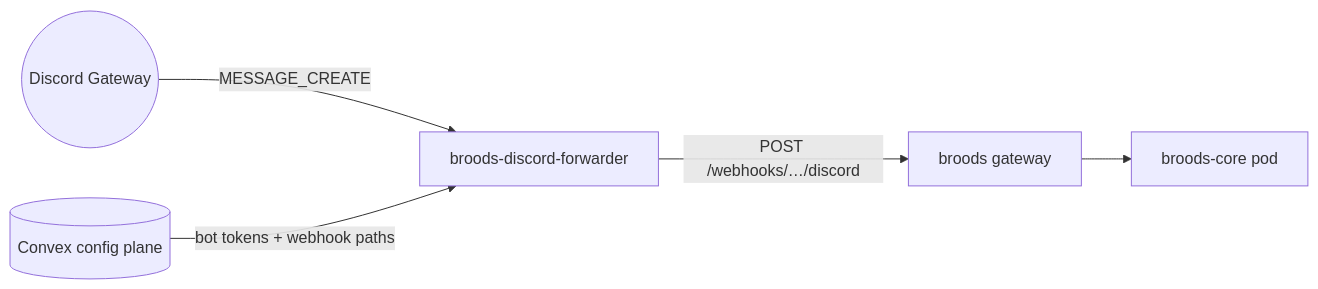
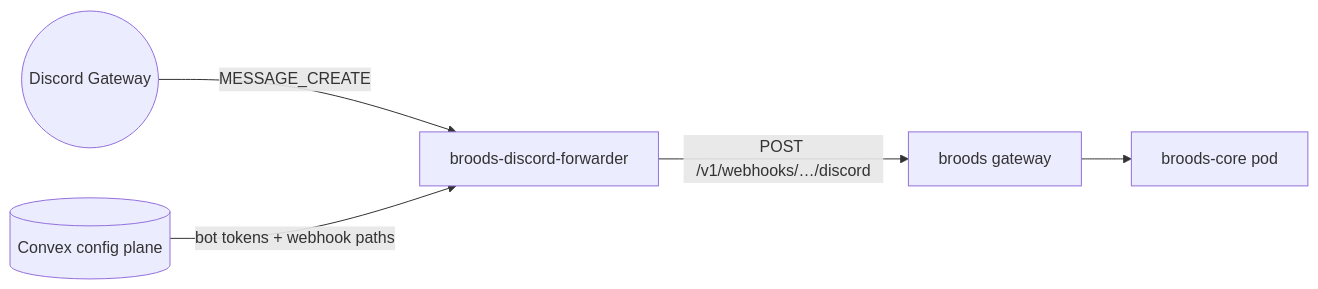
Before and after one commit to beeblastco/broods: the second of 4 diagrams in apps/docs/docs/operations.md, drawn with Mermaid. The commit also changed other lines of this file and 78 other files, not shown here.

````diff
--- a/apps/docs/docs/operations.md
+++ b/apps/docs/docs/operations.md
@@ -204,7 +204,7 @@
 ```mermaid
 flowchart LR
     Discord((Discord Gateway)) -->|MESSAGE_CREATE| Fwd[broods-discord-forwarder]
-    Fwd -->|POST /webhooks/…/discord| Gateway[broods gateway]
+    Fwd -->|POST /v1/webhooks/…/discord| Gateway[broods gateway]
     Convex[(Convex config plane)] -->|bot tokens + webhook paths| Fwd
     Gateway --> Pod[broods-core pod]
 ```
````
